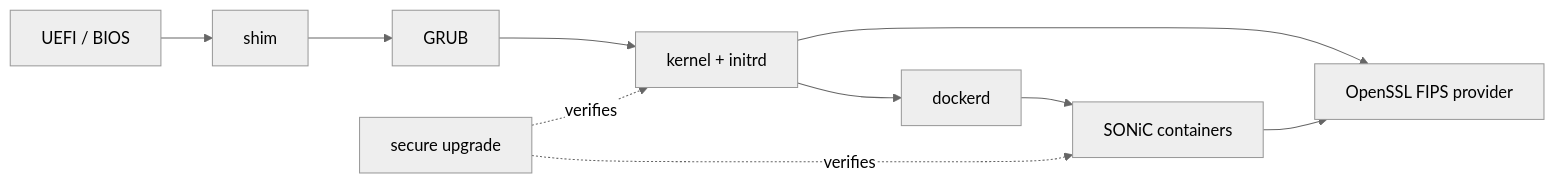
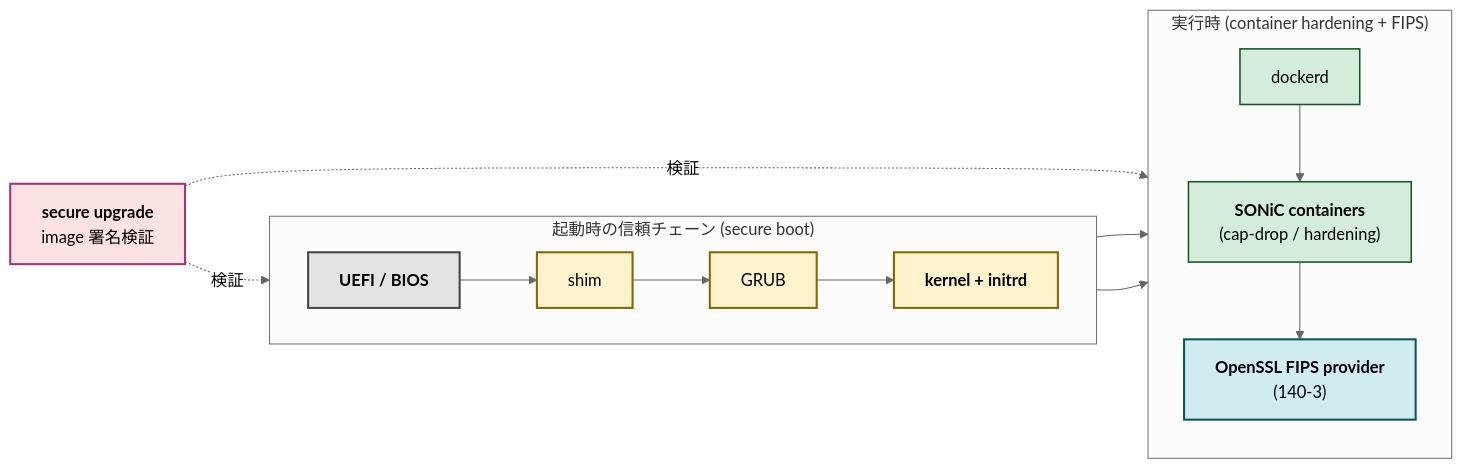
Before and after one commit to aoki-taquan/sonic-unofficial-docs: the diagram in docs/topics/15-security-aaa/advanced.md, drawn with Mermaid (neutral theme). The commit also changed 5 other files, not shown here.

First line of the commit message:
[quality] Topics 章間 + 個別 mermaid 品質向上

````diff
--- a/docs/topics/15-security-aaa/advanced.md
+++ b/docs/topics/15-security-aaa/advanced.md
@@ -20,12 +20,32 @@
 ```mermaid
 flowchart LR
-  BIOS[UEFI / BIOS] --> SHIM[shim]
-  SHIM --> GRUB[GRUB]
-  GRUB --> KERNEL[kernel + initrd]
-  KERNEL --> DOCKER[dockerd]
-  DOCKER --> CONT[SONiC containers]
-  KERNEL --> SSL[OpenSSL FIPS provider]
+  subgraph BOOT["起動時の信頼チェーン (secure boot)"]
+    direction LR
+    BIOS["<b>UEFI / BIOS</b>"]:::hw
+    SHIM["shim"]:::boot
+    GRUB["GRUB"]:::boot
+    KERNEL["<b>kernel + initrd</b>"]:::boot
+  end
+
+  subgraph RUNTIME["実行時 (container hardening + FIPS)"]
+    direction TB
+    DOCKER["dockerd"]:::rt
+    CONT["<b>SONiC containers</b><br/>(cap-drop / hardening)"]:::rt
+    SSL["<b>OpenSSL FIPS provider</b><br/>(140-3)"]:::crypto
+  end
+
+  UPGRADE["<b>secure upgrade</b><br/>image 署名検証"]:::upg
+
+  BIOS --> SHIM --> GRUB --> KERNEL
+  KERNEL --> DOCKER --> CONT
+  KERNEL --> SSL
   CONT --> SSL
-  UPGRADE[secure upgrade] -. verifies .-> KERNEL
-  UPGRADE -. verifies .-> CONT
+  UPGRADE -. 検証 .-> KERNEL
+  UPGRADE -. 検証 .-> CONT
+
+  classDef hw fill:#e2e3e5,stroke:#41464b,stroke-width:2px,color:#000;
+  classDef boot fill:#fff3cd,stroke:#856404,stroke-width:2px,color:#000;
+  classDef rt fill:#d4edda,stroke:#155724,stroke-width:1.5px,color:#000;
+  classDef crypto fill:#d1ecf1,stroke:#0c5460,stroke-width:2px,color:#000;
+  classDef upg fill:#fde2e4,stroke:#a83279,stroke-width:2px,color:#000;
 ```
````
